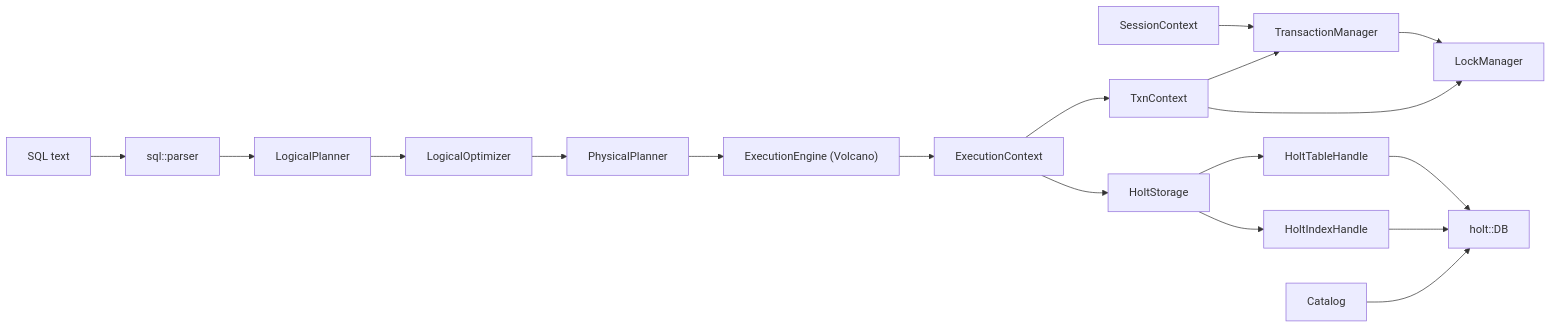
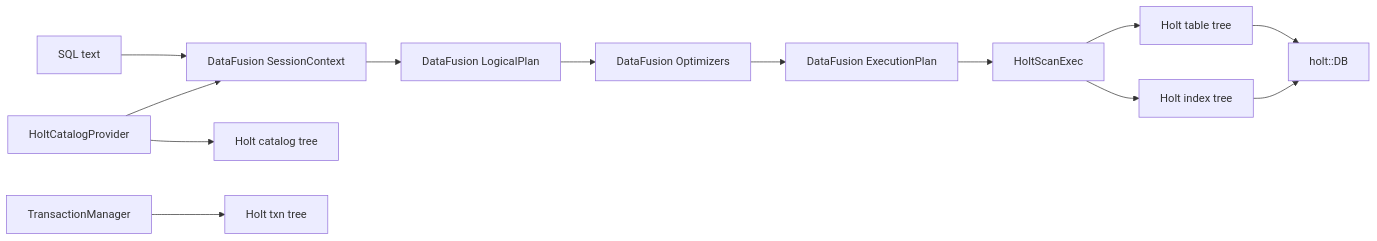
One commit to feichai0017/QuillSQL changed the first of 2 diagrams in docs/src/architecture.md. Above: the diagram before and after it, drawn with Mermaid. The commit also changed other lines of this file and 132 other files, not shown here.

Commit message:
Rewrite around DataFusion and Holt

````diff
--- a/docs/src/architecture.md
+++ b/docs/src/architecture.md
@@ -10,22 +10,16 @@
 ```mermaid
 flowchart LR
-    SQL["SQL text"] --> Parser["sql::parser"]
-    Parser --> Logical["LogicalPlanner"]
-    Logical --> Optimizer["LogicalOptimizer"]
-    Optimizer --> Physical["PhysicalPlanner"]
-    Physical --> Exec["ExecutionEngine (Volcano)"]
-
-    Session["SessionContext"] --> Txn["TransactionManager"]
-    Txn --> Locks["LockManager"]
-    Exec --> Ctx["ExecutionContext"]
-    Ctx --> TxnCtx["TxnContext"]
-    TxnCtx --> Txn
-    TxnCtx --> Locks
-
-    Ctx --> Engine["HoltStorage"]
-    Engine --> Table["HoltTableHandle"]
-    Engine --> Index["HoltIndexHandle"]
+    SQL["SQL text"] --> DF["DataFusion SessionContext"]
+    DF --> Logical["DataFusion LogicalPlan"]
+    Logical --> Optimized["DataFusion Optimizers"]
+    Optimized --> Physical["DataFusion ExecutionPlan"]
+    Physical --> Scan["HoltScanExec"]
+    Scan --> Table["Holt table tree"]
+    Scan --> Index["Holt index tree"]
     Table --> Holt["holt::DB"]
     Index --> Holt
-    Catalog["Catalog"] --> Holt
+
+    Catalog["HoltCatalogProvider"] --> DF
+    Catalog --> Descriptors["Holt catalog tree"]
+    Txn["TransactionManager"] --> Status["Holt txn tree"]
 ```
````
